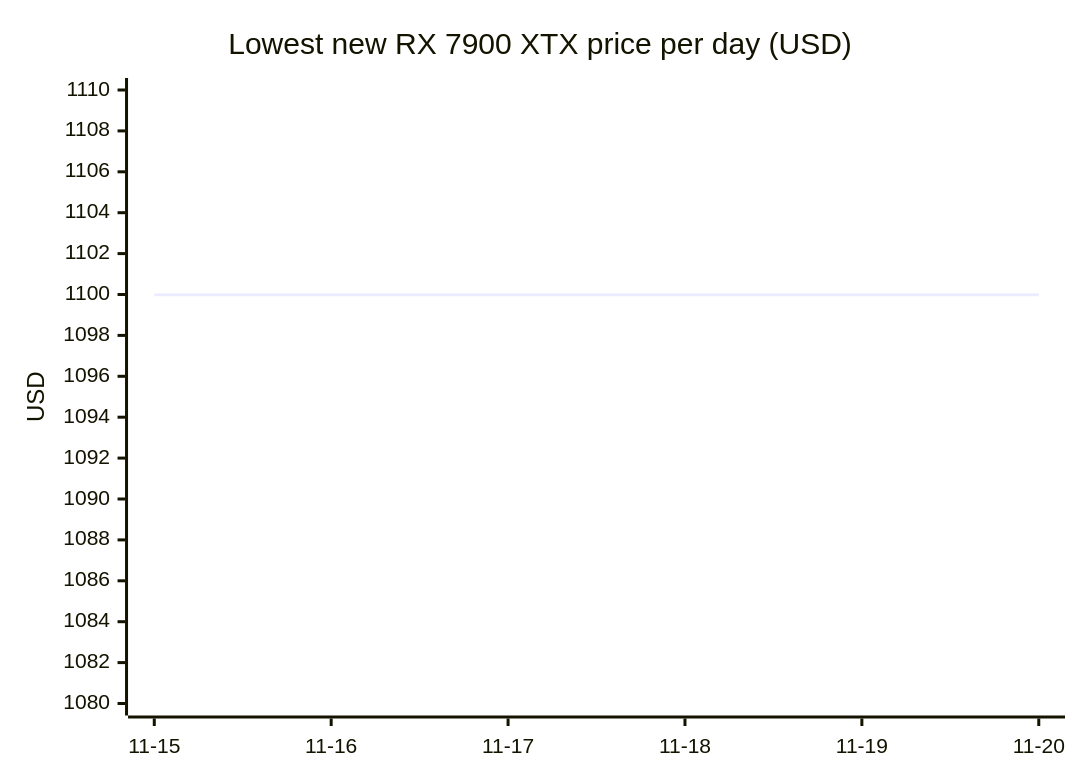
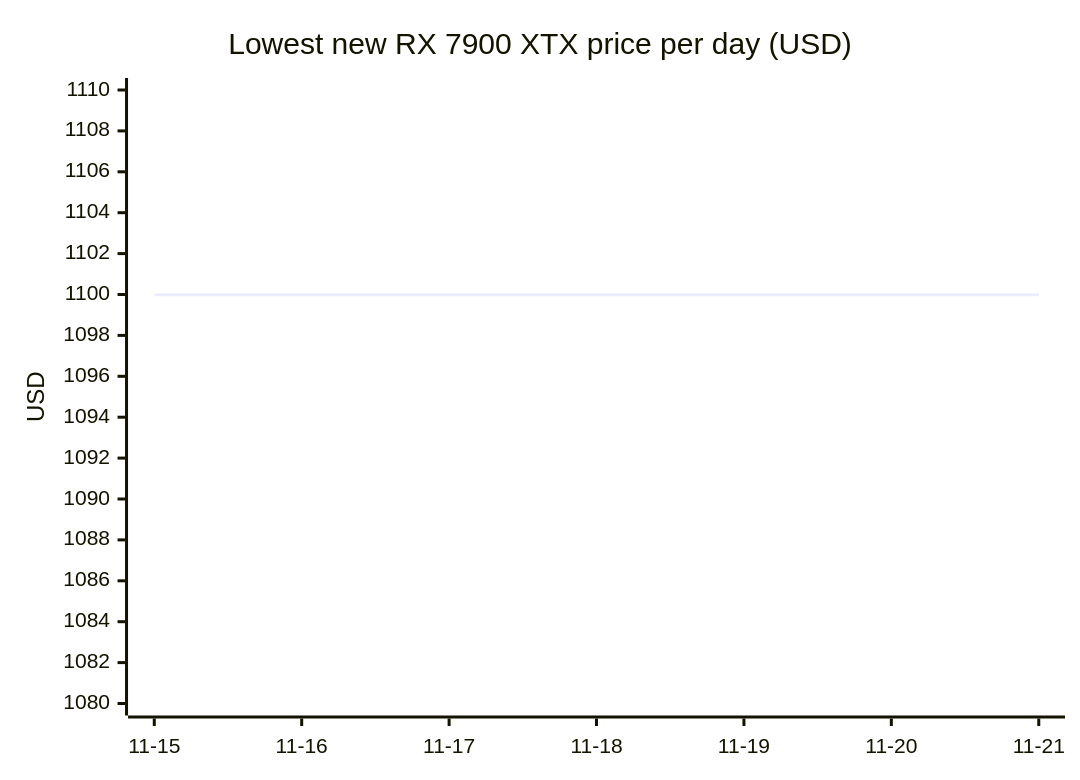
One commit to 7324136828/4tb_ssd_price_watch changed diagram 13 of 18 in README.md. Above: the diagram before and after it, drawn with Mermaid. The commit also changed other lines of this file, not shown here.

````diff
--- a/README.md
+++ b/README.md
@@ -1016,7 +1069,7 @@
 ```mermaid
 xychart-beta
     title "Lowest new RX 7900 XTX price per day (USD)"
-    x-axis ["11-15", "11-16", "11-17", "11-18", "11-19", "11-20"]
+    x-axis ["11-15", "11-16", "11-17", "11-18", "11-19", "11-20", "11-21"]
     y-axis "USD" 1080 --> 1110
-    line [1099.99, 1099.99, 1099.99, 1099.99, 1099.99, 1099.99]
+    line [1099.99, 1099.99, 1099.99, 1099.99, 1099.99, 1099.99, 1099.99]
 ```
````
